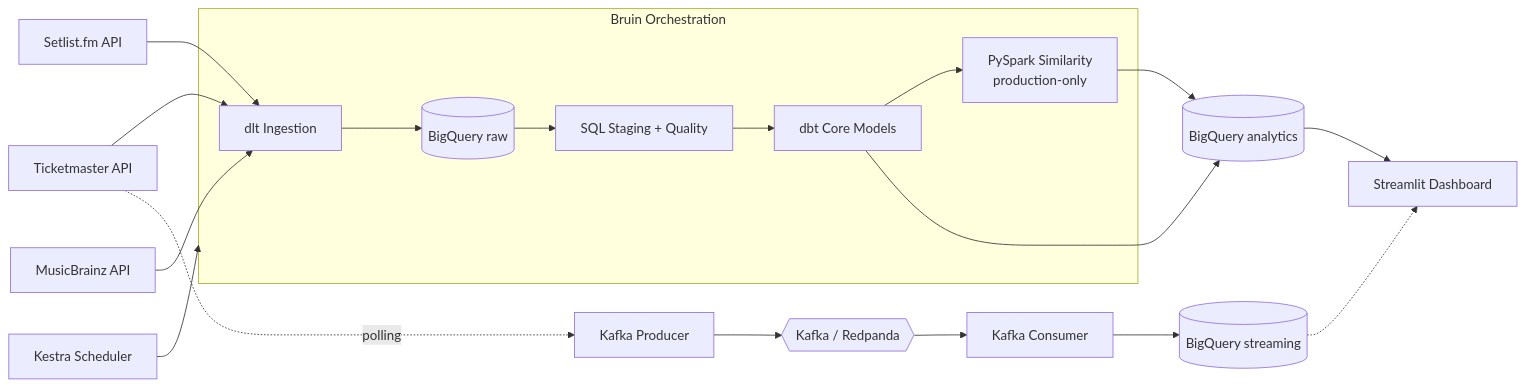
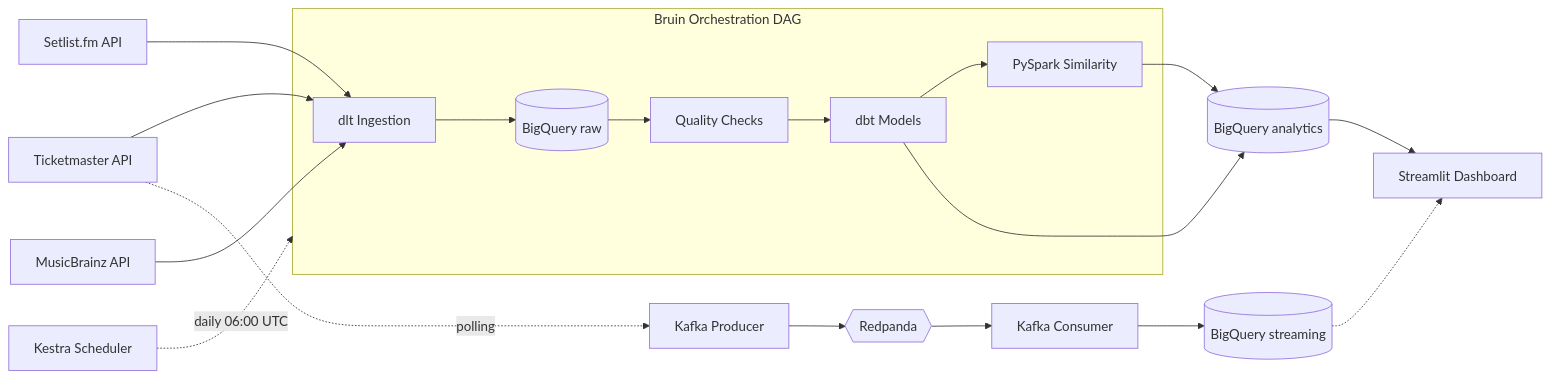
Before and after one commit to lorenzoeder/gigwise-analytics: the first of 2 diagrams in README.md, drawn with Mermaid. The commit also changed other lines of this file and 20 other files, not shown here.

````diff
--- a/README.md
+++ b/README.md
@@ -56,25 +24,25 @@
 ```mermaid
 flowchart LR
-	TM[Ticketmaster API] --> DLT[dlt Ingestion]
-	SL[Setlist.fm API] --> DLT
-	MB[MusicBrainz API] --> DLT
+    TM[Ticketmaster API] --> DLT[dlt Ingestion]
+    SL[Setlist.fm API] --> DLT
+    MB[MusicBrainz API] --> DLT
 
-	subgraph Bruin[Bruin Orchestration]
-		DLT --> BQRAW[(BigQuery raw)]
-		BQRAW --> SQL[SQL Staging + Quality]
-		SQL --> DBT[dbt Core Models]
-		DBT --> SPARK[PySpark Similarity\nproduction-only]
-	end
+    subgraph Bruin[Bruin Orchestration DAG]
+        DLT --> RAW[(BigQuery raw)]
+        RAW --> QC[Quality Checks]
+        QC --> DBT[dbt Models]
+        DBT --> SPARK[PySpark Similarity]
+    end
 
-	DBT --> BQANA[(BigQuery analytics)]
-	SPARK --> BQANA
-	BQANA --> ST[Streamlit Dashboard]
-	BQSTR -.-> ST
+    DBT --> ANA[(BigQuery analytics)]
+    SPARK --> ANA
+    ANA --> ST[Streamlit Dashboard]
 
-	KE[Kestra Scheduler] --> Bruin
+    KE[Kestra Scheduler] -.->|daily 06:00 UTC| Bruin
 
-	TM -.->|polling| KP[Kafka Producer]
-	KP --> KF{{Kafka / Redpanda}}
-	KF --> KC[Kafka Consumer]
-	KC --> BQSTR[(BigQuery streaming)]
+    TM -.->|polling| KP[Kafka Producer]
+    KP --> KF{{Redpanda}}
+    KF --> KC[Kafka Consumer]
+    KC --> BQSTR[(BigQuery streaming)]
+    BQSTR -.-> ST
 ```
````
